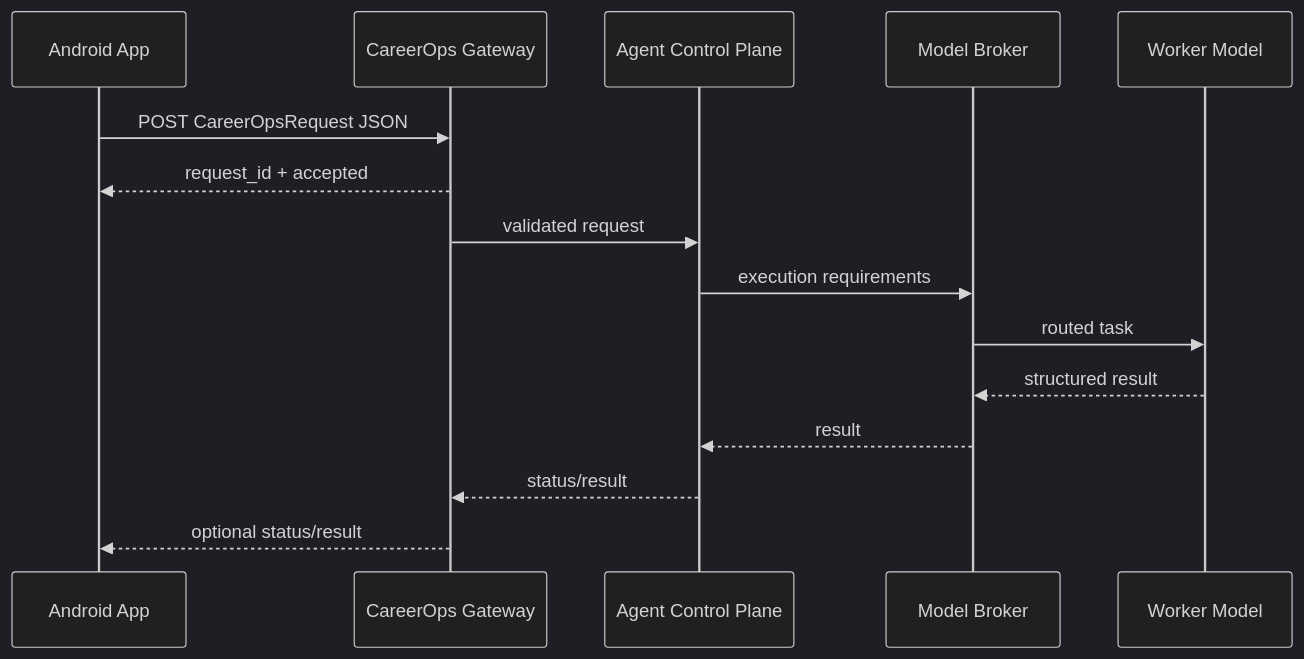
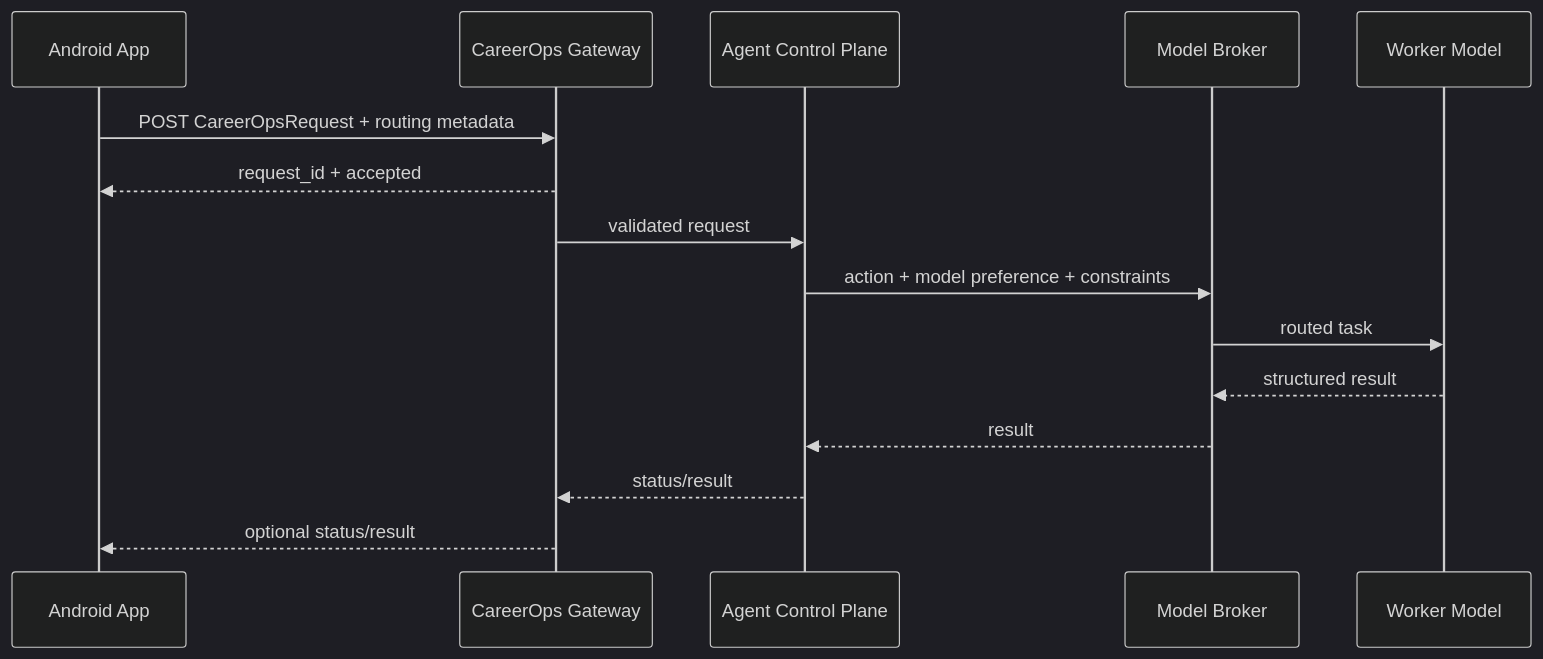
Before and after one commit to DantyDCook/CareerOpsShare-Android: the second of 2 diagrams in docs/DESIGN.md, drawn with Mermaid (dark theme). The commit also changed other lines of this file and 2 other files, not shown here.

Commit message:
Document v0.3.0 direct share architecture

````diff
--- a/docs/DESIGN.md
+++ b/docs/DESIGN.md
@@ -105,18 +209,18 @@
 ```mermaid
 sequenceDiagram
     participant A as Android App
     participant G as CareerOps Gateway
     participant C as Agent Control Plane
     participant M as Model Broker
     participant W as Worker Model
 
-    A->>G: POST CareerOpsRequest JSON
+    A->>G: POST CareerOpsRequest + routing metadata
     G-->>A: request_id + accepted
     G->>C: validated request
-    C->>M: execution requirements
+    C->>M: action + model preference + constraints
     M->>W: routed task
     W-->>M: structured result
     M-->>C: result
     C-->>G: status/result
     G-->>A: optional status/result
 ```
````
